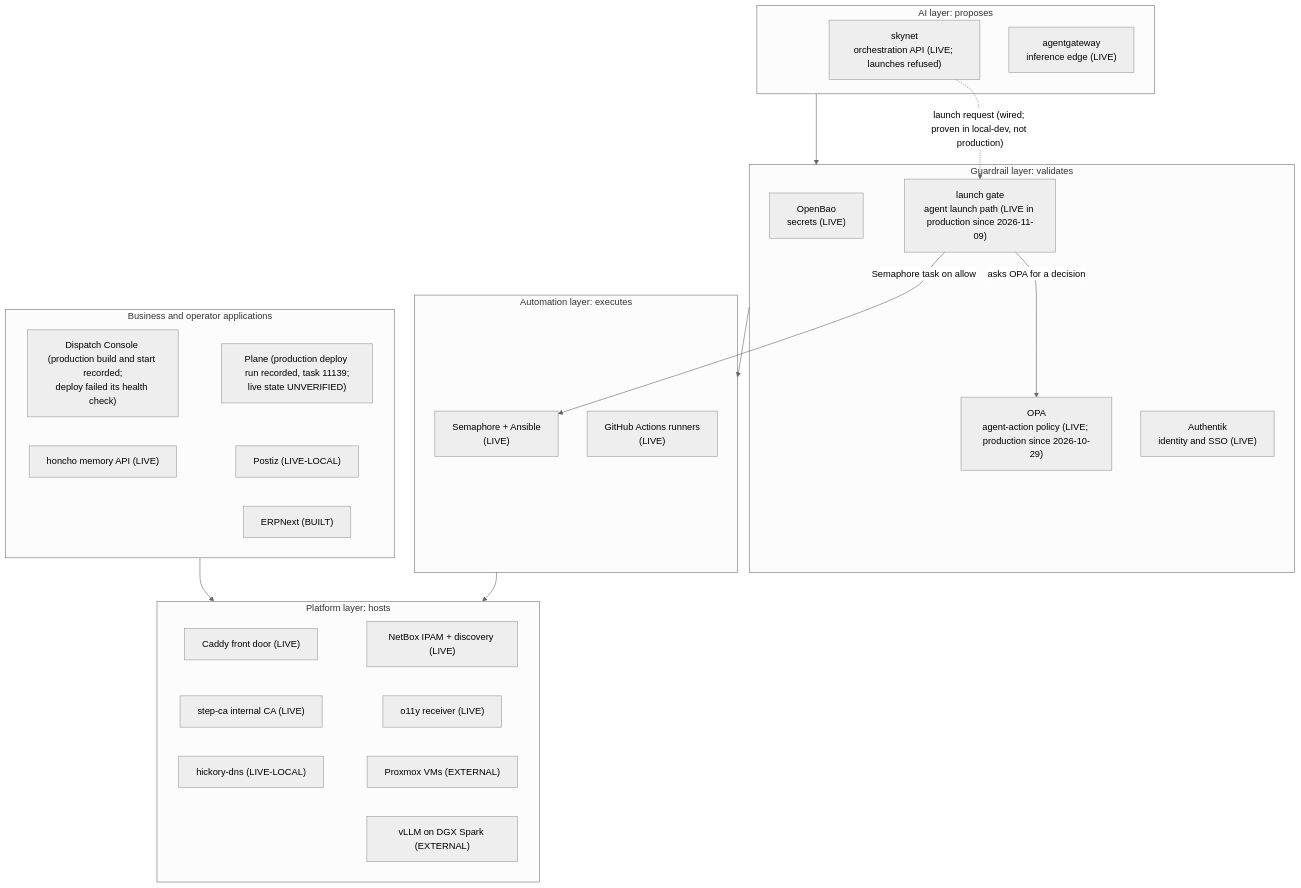
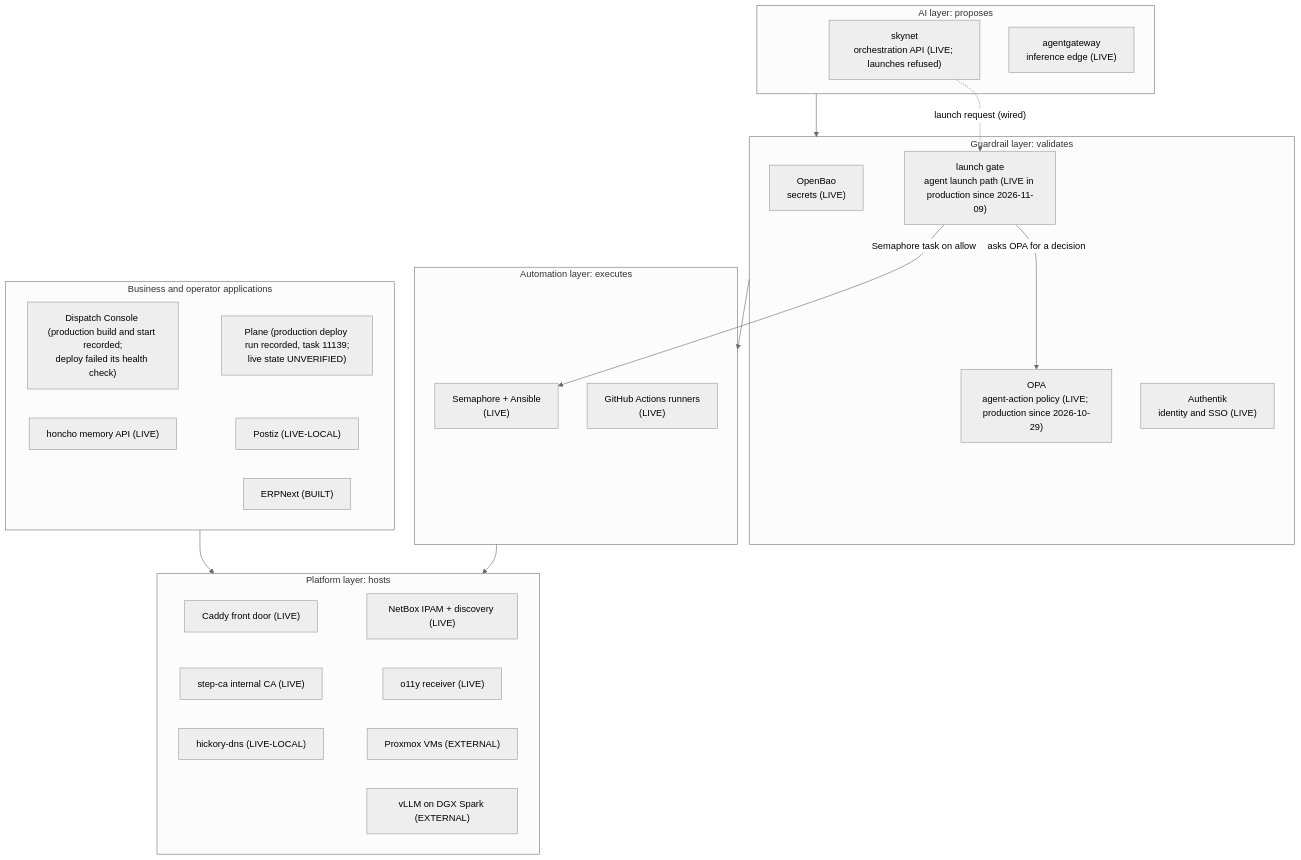
One commit to uhstray-io/agent-cloud changed the first of 10 diagrams in plan/architecture/service-architecture.md. Above: the diagram before and after it, drawn with Mermaid (neutral theme). The commit also changed other lines of this file and 5 other files, not shown here.

Commit message:
docs(launch-gate): simplify round 1 on the 4.4 docs: one status phrase, its own spec requirement for the local branch rule

````diff
--- a/plan/architecture/service-architecture.md
+++ b/plan/architecture/service-architecture.md
@@ -79,43 +79,43 @@
 ```mermaid
 flowchart TD
     subgraph AI["AI layer: proposes"]
         SKYNET["skynet<br/>orchestration API (LIVE; launches refused)"]
         AGW["agentgateway<br/>inference edge (LIVE)"]
     end
     subgraph GR["Guardrail layer: validates"]
         BAO["OpenBao<br/>secrets (LIVE)"]
         OPA["OPA<br/>agent-action policy (LIVE; production since 2026-10-29)"]
         AK["Authentik<br/>identity and SSO (LIVE)"]
         LG["launch gate<br/>agent launch path (LIVE in production since 2026-11-09)"]
     end
     subgraph AUTO["Automation layer: executes"]
         SEM["Semaphore + Ansible<br/>(LIVE)"]
         RUNNERS["GitHub Actions runners<br/>(LIVE)"]
     end
     subgraph APPS["Business and operator applications"]
         CONSOLE["Dispatch Console (production build and start recorded;<br/>deploy failed its health check)"]
         HONCHO["honcho memory API (LIVE)"]
         PLANE["Plane (production deploy run recorded, task 11139;<br/>live state UNVERIFIED)"]
         POSTIZ["Postiz (LIVE-LOCAL)"]
         ERP["ERPNext (BUILT)"]
     end
     subgraph PLAT["Platform layer: hosts"]
         CADDY["Caddy front door (LIVE)"]
         CA["step-ca internal CA (LIVE)"]
         DNS["hickory-dns (LIVE-LOCAL)"]
         NB["NetBox IPAM + discovery (LIVE)"]
         O11Y["o11y receiver (LIVE)"]
         PVE["Proxmox VMs (EXTERNAL)"]
         VLLM["vLLM on DGX Spark (EXTERNAL)"]
     end
     CONSOLE ~~~ PLANE
     HONCHO ~~~ POSTIZ
     CADDY ~~~ NB
     CA ~~~ O11Y
     DNS ~~~ PVE
-    SKYNET -.->|"launch request (wired; proven in local-dev, not production)"| LG
+    SKYNET -.->|"launch request (wired)"| LG
     LG -->|"asks OPA for a decision"| OPA
     LG -->|"Semaphore task on allow"| SEM
     AI --> GR --> AUTO --> PLAT
     APPS --> PLAT
 ```
````
